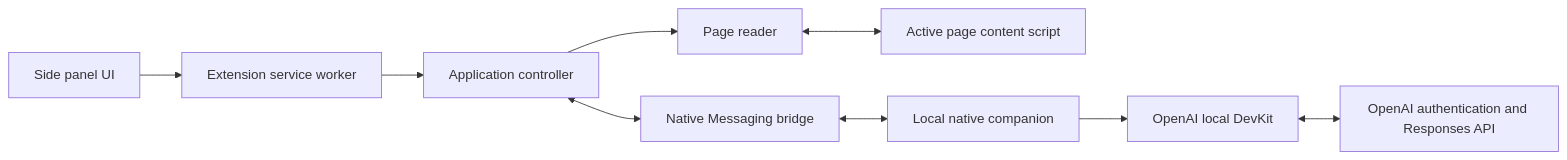
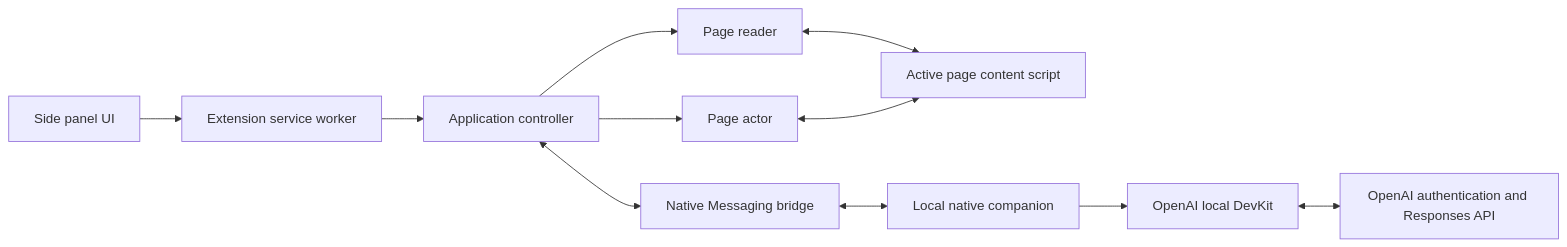
One commit to jwtouron/BrowseFriend changed the diagram in docs/ARCHITECTURE.md. Above: the diagram before and after it, drawn with Mermaid. The commit also changed other lines of this file and 34 other files, not shown here.

````diff
--- a/docs/ARCHITECTURE.md
+++ b/docs/ARCHITECTURE.md
@@ -9,11 +9,13 @@
 ```mermaid
 flowchart LR
   UI[Side panel UI] --> SW[Extension service worker]
   SW --> App[Application controller]
   App --> Reader[Page reader]
   Reader <--> Page[Active page content script]
+  App --> Actor[Page actor]
+  Actor <--> Page
   App <--> Bridge[Native Messaging bridge]
   Bridge <--> Host[Local native companion]
   Host --> DevKit[OpenAI local DevKit]
   DevKit <--> OpenAI[OpenAI authentication and Responses API]
 ```
````
